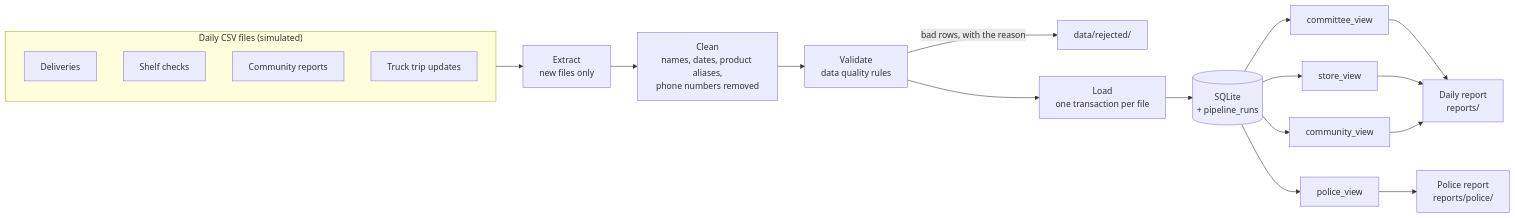
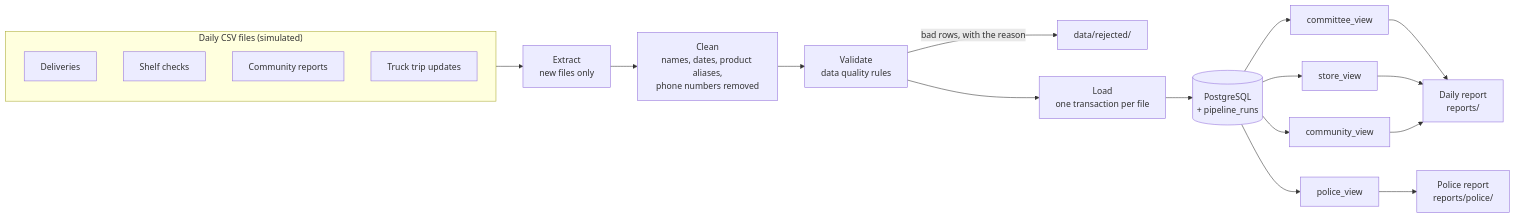
Before and after one commit to BaneleChakuma/safeshelf-tembisa: the diagram in README.md, drawn with Mermaid. The commit also changed other lines of this file and 37 other files, not shown here.

First line of the commit message:
Move the database to PostgreSQL in Docker (#29)

````diff
--- a/README.md
+++ b/README.md
@@ -32,23 +32,23 @@
 ```mermaid
 flowchart LR
     subgraph Sources["Daily CSV files (simulated)"]
         A["Deliveries"]
         B["Shelf checks"]
         C["Community reports"]
         D["Truck trip updates"]
     end
     Sources --> E["Extract<br/>new files only"]
     E --> F["Clean<br/>names, dates, product aliases,<br/>phone numbers removed"]
     F --> G["Validate<br/>data quality rules"]
     G -- "bad rows, with the reason" --> R["data/rejected/"]
     G --> L["Load<br/>one transaction per file"]
-    L --> DB[("SQLite<br/>+ pipeline_runs")]
+    L --> DB[("PostgreSQL<br/>+ pipeline_runs")]
     DB --> V1["committee_view"]
     DB --> V2["store_view"]
     DB --> V3["community_view"]
     DB --> V4["police_view"]
     V1 --> DR["Daily report<br/>reports/"]
     V2 --> DR
     V3 --> DR
     V4 --> PR["Police report<br/>reports/police/"]
 ```
````
